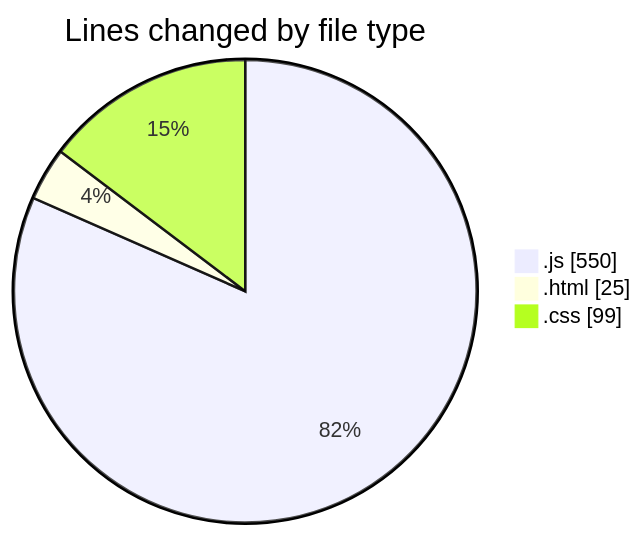
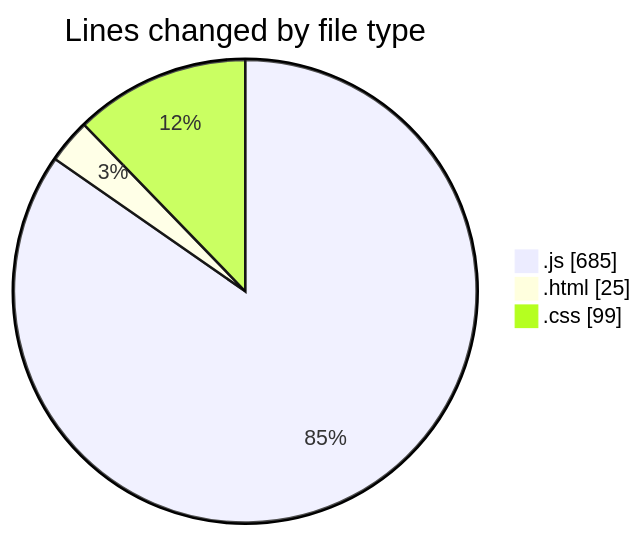
Before and after one commit to Ritupan-Deka/code-tracking: the first of 2 diagrams in 2025-01-19/typing_game/README.md, drawn with Mermaid. The commit also changed other lines of this file and 1 other file, not shown here.

````diff
--- a/2025-01-19/typing_game/README.md
+++ b/2025-01-19/typing_game/README.md
@@ -22,7 +22,7 @@
 ```mermaid
 pie showData
 title Lines changed by file type
-".js" : 550
+".js" : 685
 ".html" : 25
 ".css" : 99
 ```
````
